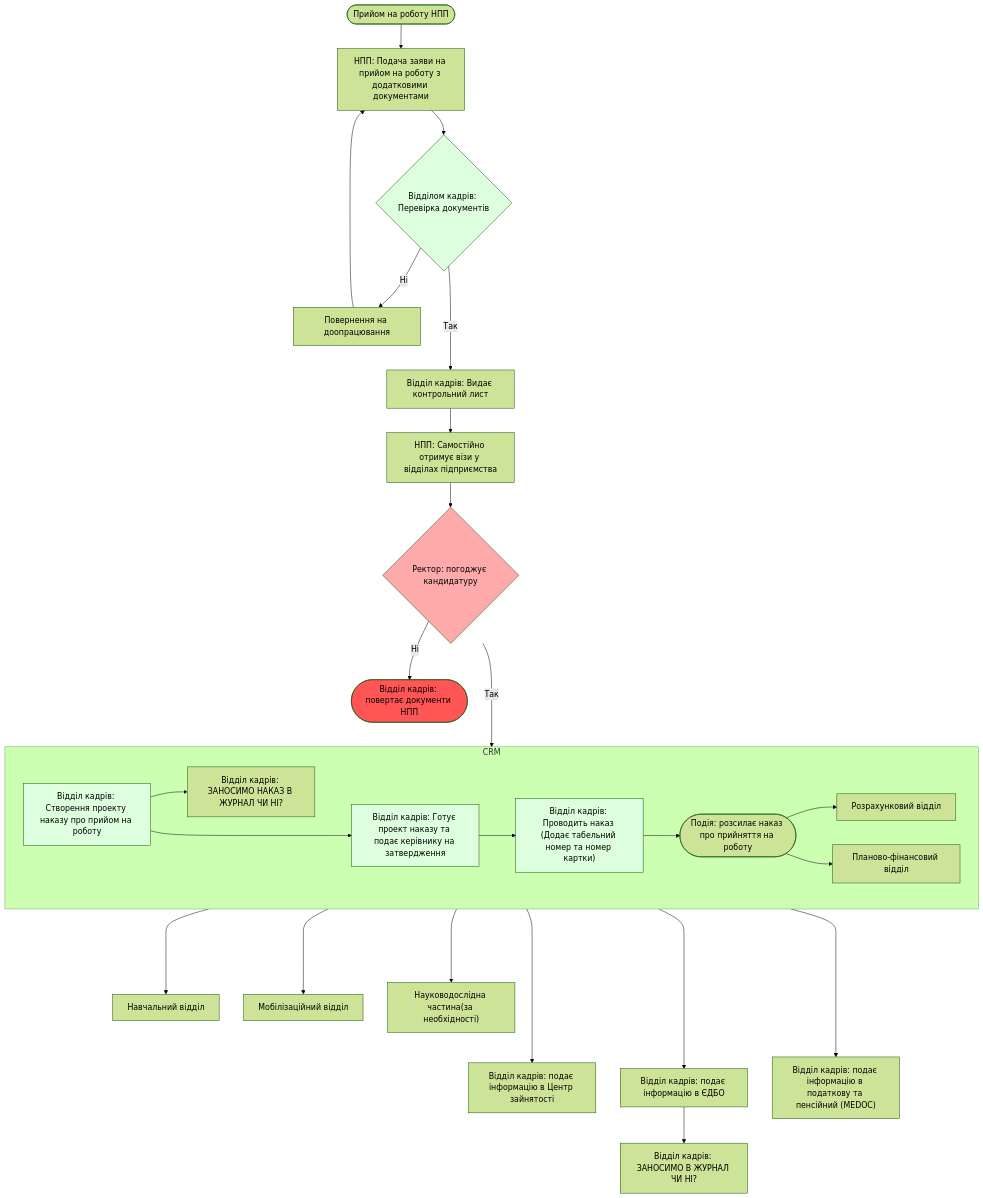
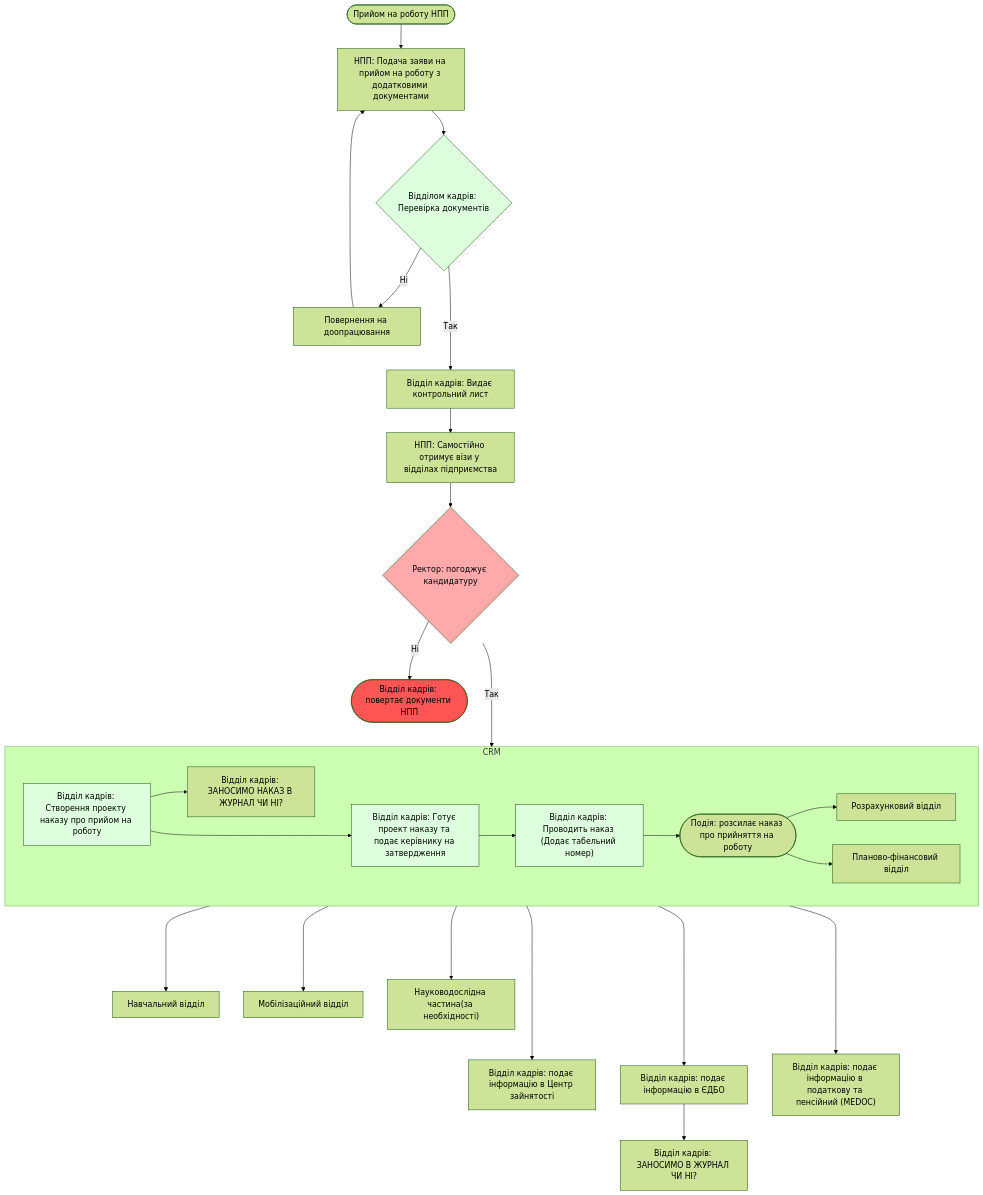
Before and after one commit to lisnayk/hr-workflows: the first of 2 diagrams in processes/onboarding/npp.md, drawn with Mermaid (forest theme).

````diff
--- a/processes/onboarding/npp.md
+++ b/processes/onboarding/npp.md
@@ -35,38 +35,38 @@
 ```mermaid
 flowchart TB
     TITLE(["Прийом на роботу НПП"])
     TITLE --> APPLICATION["НПП: Подача заяви на прийом на роботу з додатковими документами"]
     APPLICATION --> R1{"Відділом кадрів: Перевірка документів"}
     R1 -- " Ні " --> NOT_VALID["Повернення на доопрацювання"]
     R1 -- " Так " ---> CHECK_LIST["Відділ кадрів: Видає контрольний лист"]
     NOT_VALID --> APPLICATION
     CHECK_LIST --> SIGNS["НПП: Самостійно отримує візи у відділах підприємства"]
     SIGNS --> R2{"Ректор: погоджує кандидатуру"}
     subgraph "CRM"
         direction LR
         APPROVE["Відділ кадрів: Створення проекту наказу про прийом на роботу"]
         APPROVE --> REPORT["Відділ кадрів: ЗАНОСИМО НАКАЗ В ЖУРНАЛ ЧИ НІ?"]
         APPROVE ---> HEAD_APPROVE["Відділ кадрів: Готує проект наказу та подає керівнику на затвердження"]
-        HEAD_APPROVE --> PROVODKA["Відділ кадрів: Проводить наказ (Додає табельний номер та номер картки)"]
+        HEAD_APPROVE --> PROVODKA["Відділ кадрів: Проводить наказ (Додає табельний номер)"]
         PROVODKA --> EVENT_CREATED(["Подія: розсилає наказ про прийняття на роботу"])
         EVENT_CREATED --> V1["Розрахунковий відділ"]
         EVENT_CREATED --> V2["Планово-фінансовий відділ"]
     end
     R2 -- " Ні " --> REJECT(["Відділ кадрів: повертає документи НПП"])
     R2 -- " Так " ---> CRM
 
 
     PROVODKA ----> V3["Навчальний відділ"]
     PROVODKA ----> V4["Мобілізаційний відділ"]
     PROVODKA ----> V5["Науководослідна частина(за необхідності)"]
     PROVODKA -----> EXT0["Відділ кадрів: подає інформацію в Центр зайнятості"]
     PROVODKA -----> EXT1["Відділ кадрів: подає інформацію в ЄДБО"]
     PROVODKA -----> EXT2["Відділ кадрів: подає інформацію в податкову та пенсійний (MEDOC)"]
     EXT1 --> REPORT2["Відділ кадрів: ЗАНОСИМО В ЖУРНАЛ ЧИ НІ?"]
     style REJECT fill: #f55
     style R1 fill: #dfd
     style PROVODKA fill: #dfd
     style HEAD_APPROVE fill: #dfd
     style APPROVE fill: #dfd
     style R2 fill: #faa
 ```
````
